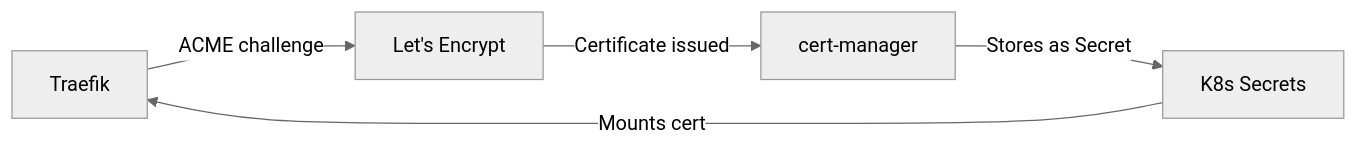
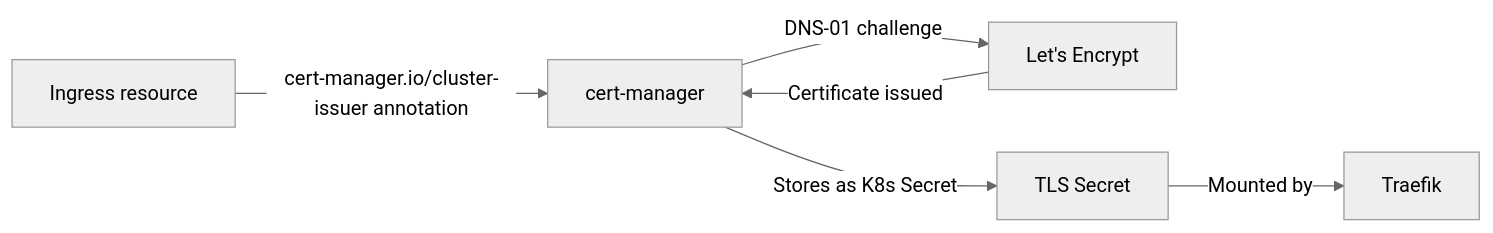
Before and after one commit to maxjeffwell/portfolio-gatsby: the second of 2 diagrams in docs-site/docs/networking/traefik.md, drawn with Mermaid (neutral theme). The commit also changed other lines of this file, not shown here.

First line of the commit message:
Fix Traefik docs to match actual infrastructure

````diff
--- a/docs-site/docs/networking/traefik.md
+++ b/docs-site/docs/networking/traefik.md
@@ -131,7 +175,8 @@
 ```mermaid
 graph LR
-    T[Traefik] -->|ACME challenge| LE[Let's Encrypt]
-    LE -->|Certificate issued| CM[cert-manager]
-    CM -->|Stores as Secret| K8S[K8s Secrets]
-    K8S -->|Mounts cert| T
+    I[Ingress resource] -->|cert-manager.io/cluster-issuer annotation| CM[cert-manager]
+    CM -->|DNS-01 challenge| LE[Let's Encrypt]
+    LE -->|Certificate issued| CM
+    CM -->|Stores as K8s Secret| S[TLS Secret]
+    S -->|Mounted by| T[Traefik]
 ```
````
